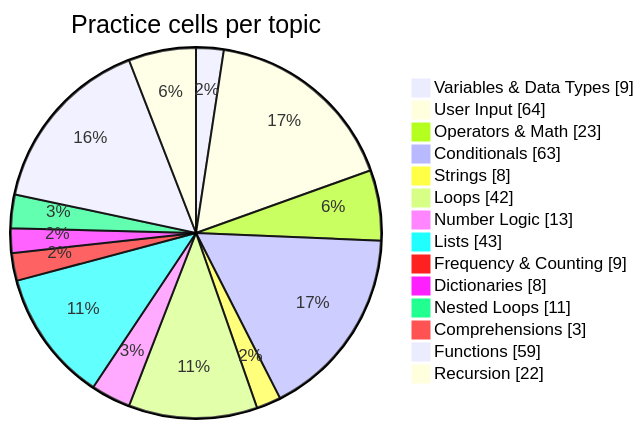
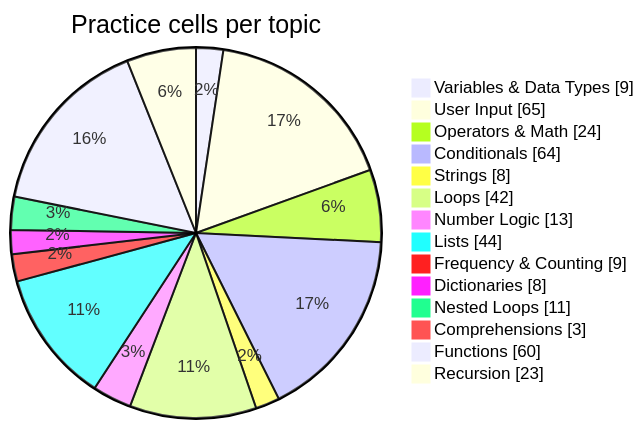
Before and after one commit to Phantom2101/Python-Daily-Practice: the diagram in README.md, drawn with Mermaid. The commit also changed other lines of this file and 1 other file, not shown here.

````diff
--- a/README.md
+++ b/README.md
@@ -126,17 +126,17 @@
 ```mermaid
 pie showData title Practice cells per topic
     "Variables & Data Types" : 9
-    "User Input" : 64
-    "Operators & Math" : 23
-    "Conditionals" : 63
+    "User Input" : 65
+    "Operators & Math" : 24
+    "Conditionals" : 64
     "Strings" : 8
     "Loops" : 42
     "Number Logic" : 13
-    "Lists" : 43
+    "Lists" : 44
     "Frequency & Counting" : 9
     "Dictionaries" : 8
     "Nested Loops" : 11
     "Comprehensions" : 3
-    "Functions" : 59
-    "Recursion" : 22
+    "Functions" : 60
+    "Recursion" : 23
 ```
````
